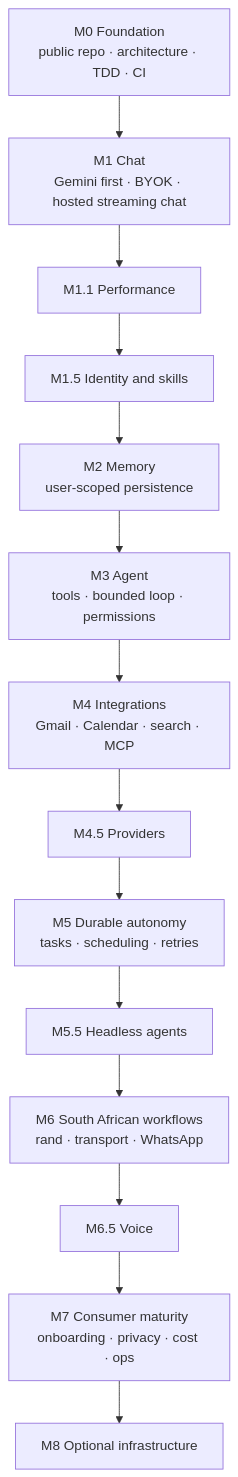
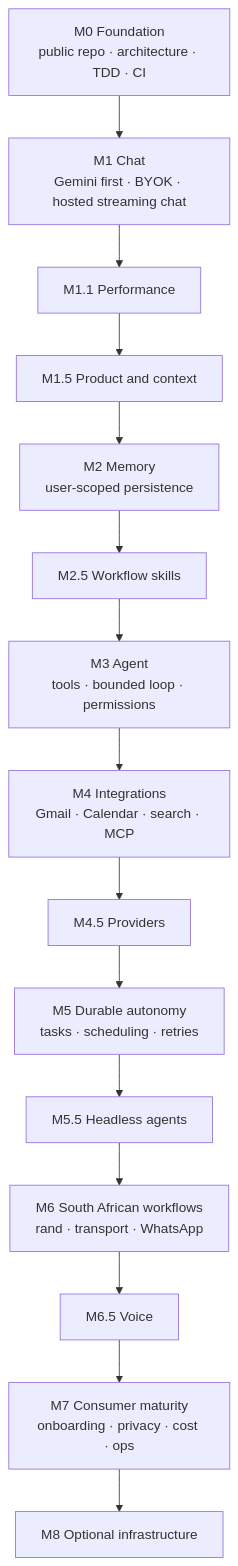
The diagram in docs/roadmap.md (leeroy-chakanyuka/chomiii), drawn with Mermaid before and after one commit. The commit also changed other lines of this file and 11 other files, not shown here.

Commit message:
docs(m1.5): align roadmap, contextual boundaries and consumer agent vision

````diff
--- a/docs/roadmap.md
+++ b/docs/roadmap.md
@@ -10,12 +11,12 @@
 ```mermaid
 flowchart TD
     M0["M0 Foundation<br/>public repo · architecture · TDD · CI"]
     M1["M1 Chat<br/>Gemini first · BYOK · hosted streaming chat"]
     M2["M2 Memory<br/>user-scoped persistence"]
     M3["M3 Agent<br/>tools · bounded loop · permissions"]
     M4["M4 Integrations<br/>Gmail · Calendar · search · MCP"]
     M5["M5 Durable autonomy<br/>tasks · scheduling · retries"]
     M6["M6 South African workflows<br/>rand · transport · WhatsApp"]
     M7["M7 Consumer maturity<br/>onboarding · privacy · cost · ops"]
-    M0 --> M1 --> M11["M1.1 Performance"] --> M15["M1.5 Identity and skills"] --> M2 --> M3 --> M4 --> M45["M4.5 Providers"] --> M5 --> M55["M5.5 Headless agents"] --> M6 --> M65["M6.5 Voice"] --> M7 --> M8["M8 Optional infrastructure"]
+    M0 --> M1 --> M11["M1.1 Performance"] --> M15["M1.5 Product and context"] --> M2 --> M25["M2.5 Workflow skills"] --> M3 --> M4 --> M45["M4.5 Providers"] --> M5 --> M55["M5.5 Headless agents"] --> M6 --> M65["M6.5 Voice"] --> M7 --> M8["M8 Optional infrastructure"]
 ```
````
